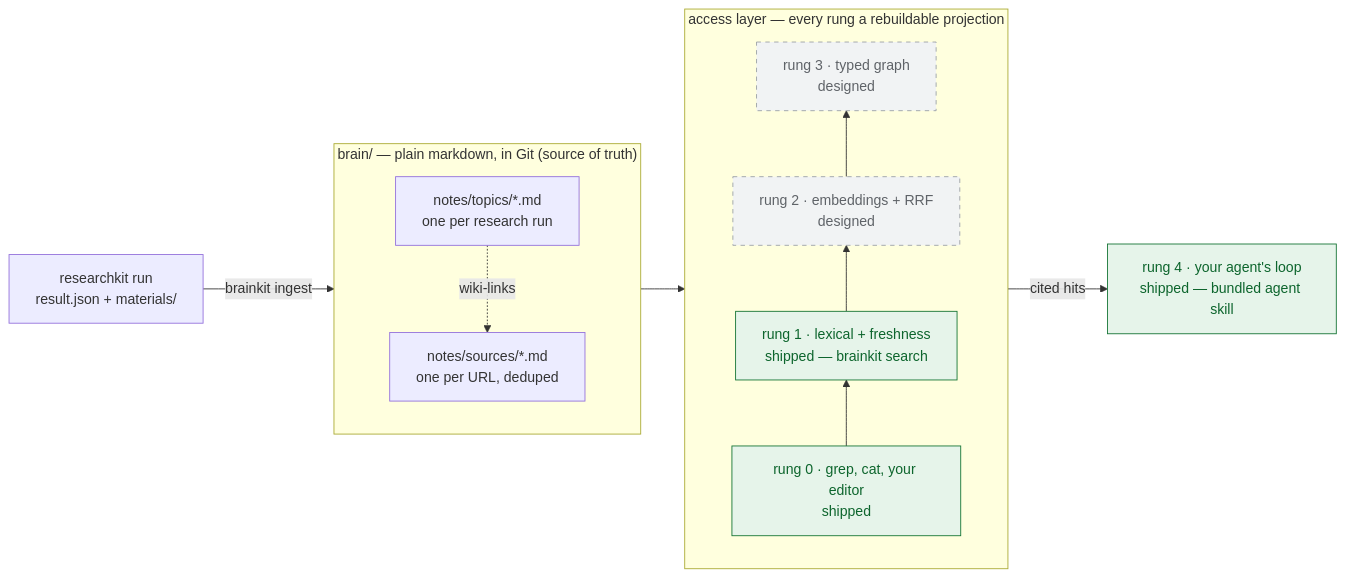
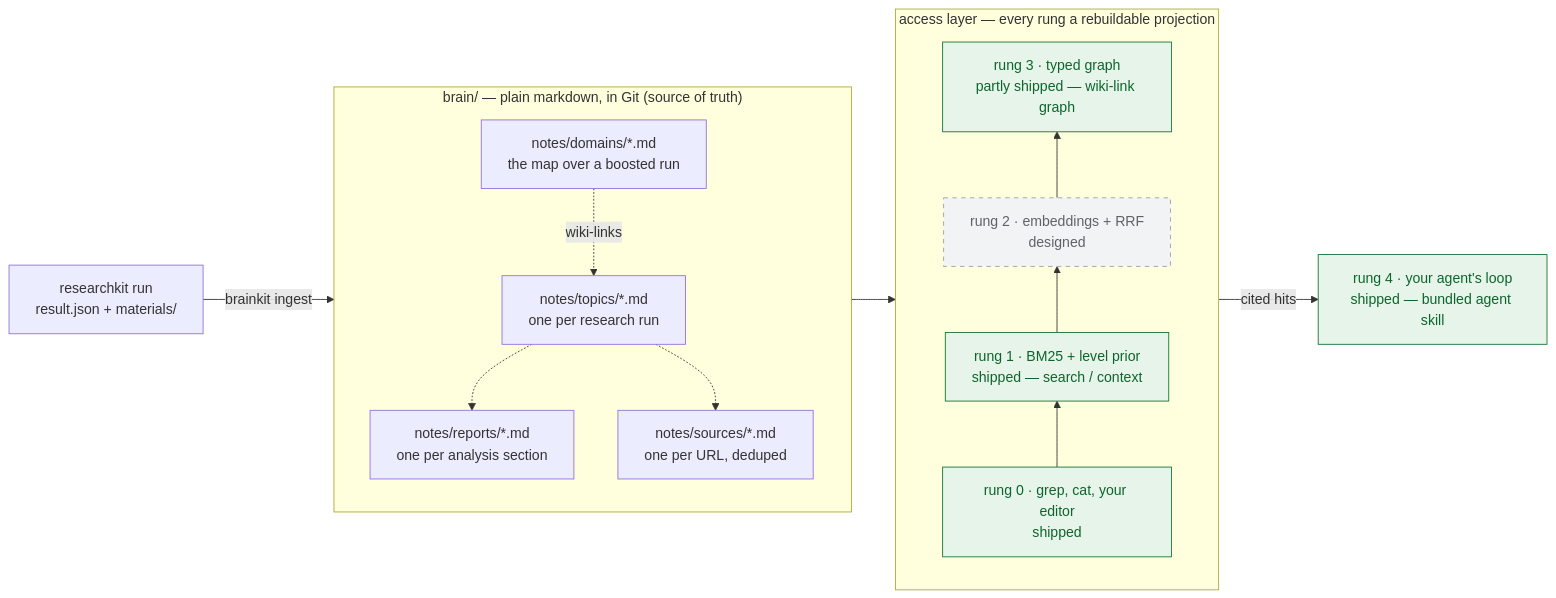
One commit to Paldom/brainkit changed the second of 2 diagrams in README.md. Above: the diagram before and after it, drawn with Mermaid. The commit also changed other lines of this file and 3 other files, not shown here.

````diff
--- a/README.md
+++ b/README.md
@@ -39,24 +39,27 @@
 ```mermaid
 flowchart LR
     RK["researchkit run<br/>result.json + materials/"] -->|brainkit ingest| BRAIN
     subgraph BRAIN["brain/ — plain markdown, in Git (source of truth)"]
         direction TB
+        D["notes/domains/*.md<br/>the map over a boosted run"]
         T["notes/topics/*.md<br/>one per research run"]
+        P["notes/reports/*.md<br/>one per analysis section"]
         S["notes/sources/*.md<br/>one per URL, deduped"]
-        T -.->|wiki-links| S
+        D -.->|wiki-links| T -.-> P
+        T -.-> S
     end
     subgraph LADDER["access layer — every rung a rebuildable projection"]
         direction BT
         R0["rung 0 · grep, cat, your editor<br/>shipped"]
-        R1["rung 1 · lexical + freshness<br/>shipped — brainkit search"]
+        R1["rung 1 · BM25 + level prior<br/>shipped — search / context"]
         R2["rung 2 · embeddings + RRF<br/>designed"]
-        R3["rung 3 · typed graph<br/>designed"]
+        R3["rung 3 · typed graph<br/>partly shipped — wiki-link graph"]
         R0 --> R1 --> R2 --> R3
     end
     BRAIN --> LADDER
     LADDER -->|cited hits| AGENT["rung 4 · your agent's loop<br/>shipped — bundled agent skill"]
     classDef shipped fill:#e6f4ea,stroke:#137333,color:#0d652d
     classDef designed fill:#f1f3f4,stroke:#9aa0a6,color:#5f6368,stroke-dasharray: 5 5
-    class R0,R1,AGENT shipped
-    class R2,R3 designed
+    class R0,R1,R3,AGENT shipped
+    class R2 designed
 ```
````
